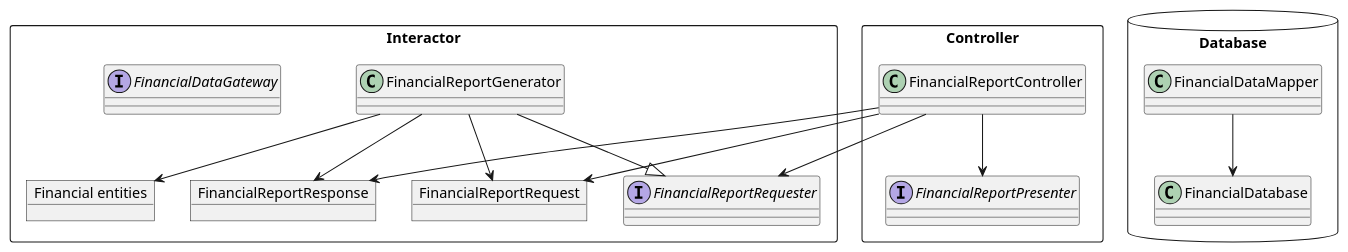
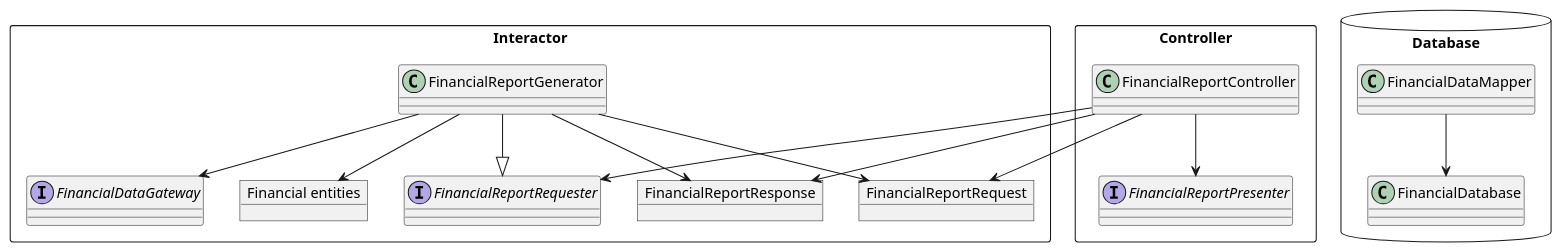
Before and after one commit to huland/logseq-notes: the third of 3 diagrams in pages/Robert C. Martin - Clean Architecture A Craftsman's Guide to Software Structure and Design.md, drawn with PlantUML.

Commit message:
Auto saved by Logseq

```diff
--- a/pages/Robert C. Martin - Clean Architecture A Craftsman's Guide to Software Structure and Design.md
+++ b/pages/Robert C. Martin - Clean Architecture A Craftsman's Guide to Software Structure and Design.md
@@ -203,31 +203,32 @@
 				  @startuml
 				  
 				  rectangle Interactor {
 				    object FinancialReportRequest
 				    interface FinancialReportRequester
 				    object FinancialReportResponse
 				    class FinancialReportGenerator
 				    interface FinancialDataGateway
 				    object "Financial entities" as FinancialEntities
 				  }
 				  
 				  rectangle Controller {
 				    class FinancialReportController 
 				    interface FinancialReportPresenter
 				  }
 				  database Database {
 				    class FinancialDataMapper 
 				    class FinancialDatabase
 				  }
 				  
 				  
 				  FinancialReportController --> FinancialReportPresenter
 				  FinancialReportController --> FinancialReportRequest
 				  FinancialReportController --> FinancialReportRequester
 				  FinancialReportGenerator --> FinancialReportRequest
 				  FinancialReportGenerator --> FinancialEntities
 				  FinancialReportGenerator --> FinancialReportResponse
+				  FinancialReportGenerator --> FinancialDataGateway
 				  FinancialReportGenerator --|> FinancialReportRequester
 				  FinancialReportController --> FinancialReportResponse
 				  FinancialDataMapper --> FinancialDatabase
 				  @enduml
```
